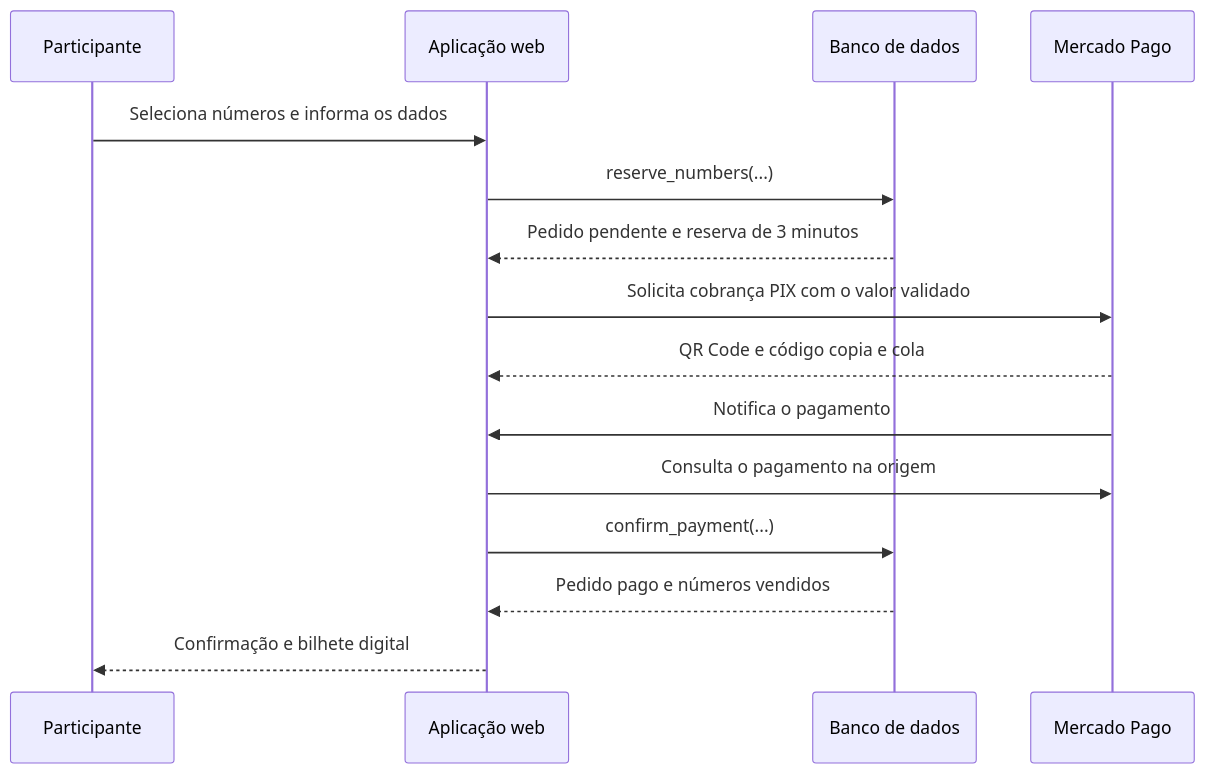
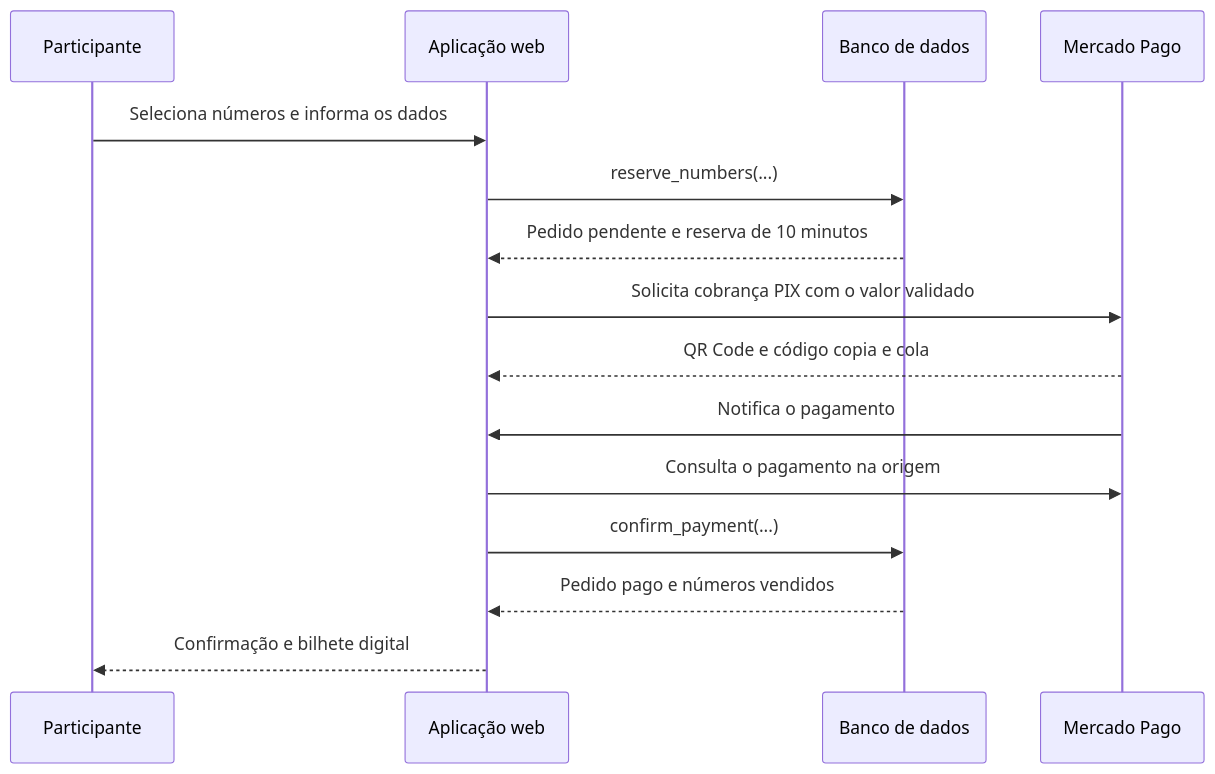
Before and after one commit to revivabr/rerifa: the diagram in README.md, drawn with Mermaid. The commit also changed 9 other files, not shown here.

````diff
--- a/README.md
+++ b/README.md
@@ -143,18 +143,18 @@
 ```mermaid
 sequenceDiagram
     participant P as Participante
     participant W as Aplicação web
     participant DB as Banco de dados
     participant MP as Mercado Pago
 
     P->>W: Seleciona números e informa os dados
     W->>DB: reserve_numbers(...)
-    DB-->>W: Pedido pendente e reserva de 3 minutos
+    DB-->>W: Pedido pendente e reserva de 10 minutos
     W->>MP: Solicita cobrança PIX com o valor validado
     MP-->>W: QR Code e código copia e cola
     MP->>W: Notifica o pagamento
     W->>MP: Consulta o pagamento na origem
     W->>DB: confirm_payment(...)
     DB-->>W: Pedido pago e números vendidos
     W-->>P: Confirmação e bilhete digital
 ```
````
